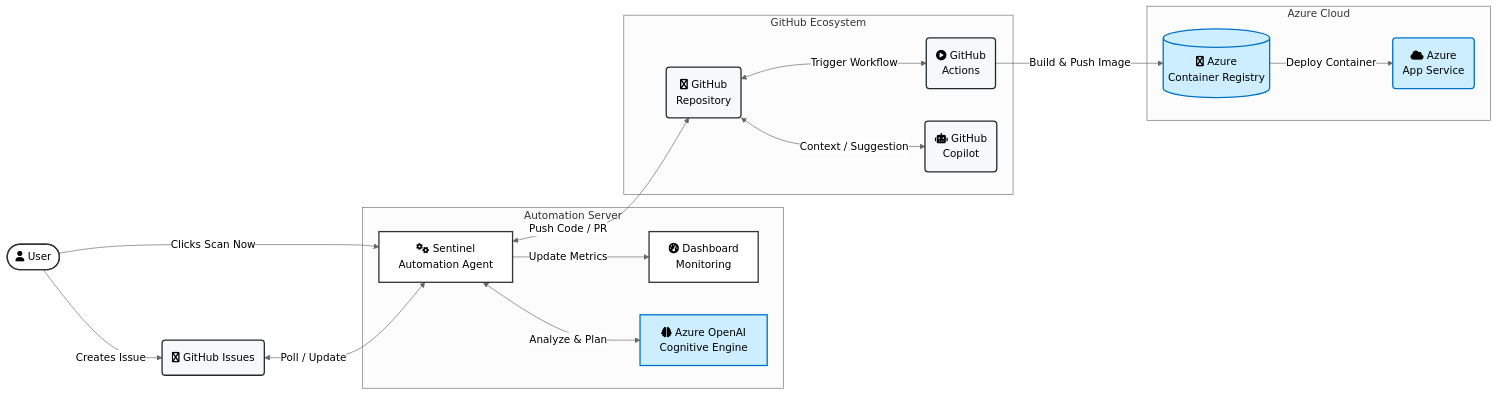
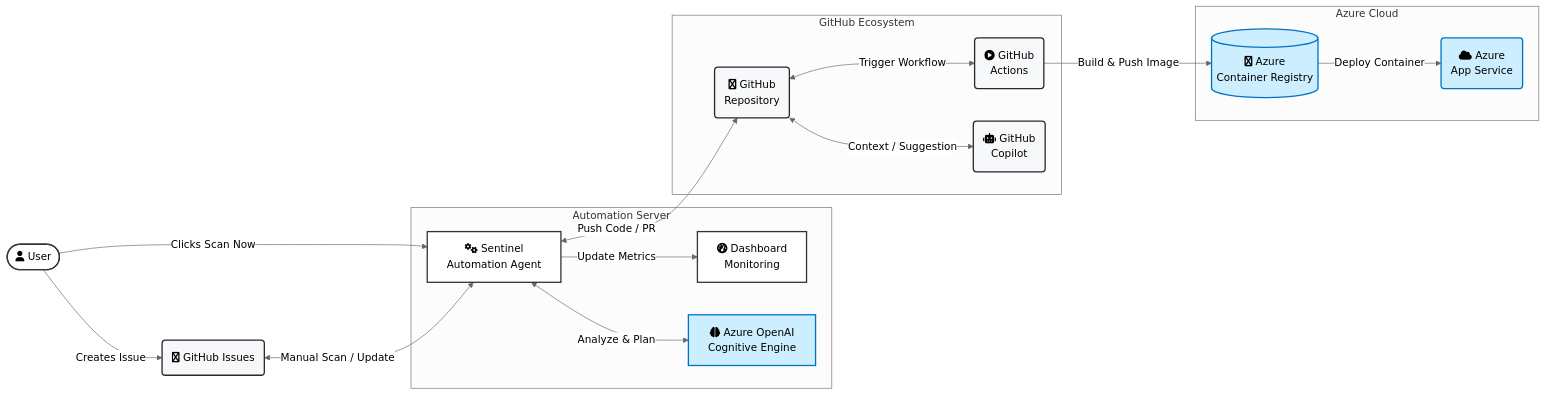
The first of 2 diagrams in docs/DETAILED_WORKFLOW.md (Unigalactix/SENTINEL), drawn with Mermaid (neutral theme) before and after one commit. The commit also changed other lines of this file and 27 other files, not shown here.

````diff
--- a/docs/DETAILED_WORKFLOW.md
+++ b/docs/DETAILED_WORKFLOW.md
@@ -15,42 +15,42 @@
 ```mermaid
 flowchart LR
     %% Define Styles
     classDef plain fill:#fff,stroke:#333,stroke-width:2px;
     classDef azure fill:#cceeff,stroke:#0072C6,stroke-width:2px;
     classDef gh fill:#f6f8fa,stroke:#24292e,stroke-width:2px;
 
     %% Nodes
     User([fa:fa-user User]):::plain
     GHIssues(fa:fa-github GitHub Issues):::gh
 
     subgraph "Automation Server"
         Agent[fa:fa-cogs Sentinel<br/>Automation Agent]:::plain
         Dash[fa:fa-tachometer-alt Dashboard<br/>Monitoring]:::plain
         LLM[fa:fa-brain Azure OpenAI<br/>Cognitive Engine]:::azure
     end
 
     subgraph "GitHub Ecosystem"
         GH(fa:fa-github GitHub<br/>Repository):::gh
         Action(fa:fa-play-circle GitHub<br/>Actions):::gh
         Copilot(fa:fa-robot GitHub<br/>Copilot):::gh
     end
 
     subgraph "Azure Cloud"
         ACR[(fa:fa-docker Azure<br/>Container Registry)]:::azure
         AppService(fa:fa-cloud Azure<br/>App Service):::azure
     end
 
     %% Connections
     User -->|Creates Issue| GHIssues
     User -->|Clicks Scan Now| Agent
-    GHIssues <-->|Poll / Update| Agent
+    GHIssues <-->|Manual Scan / Update| Agent
     Agent -->|Update Metrics| Dash
     Agent <-->|Analyze & Plan| LLM
     
     Agent <-->|Push Code / PR| GH
     GH <-->|Context / Suggestion| Copilot
     GH <-->|Trigger Workflow| Action
     
     Action -->|Build & Push Image| ACR
     ACR -->|Deploy Container| AppService
 ```
````
